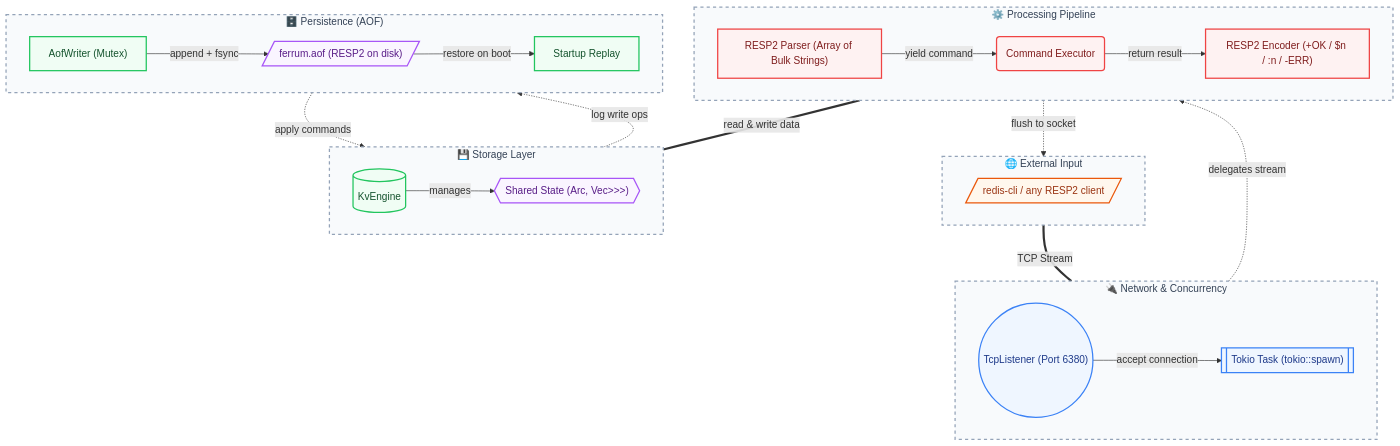
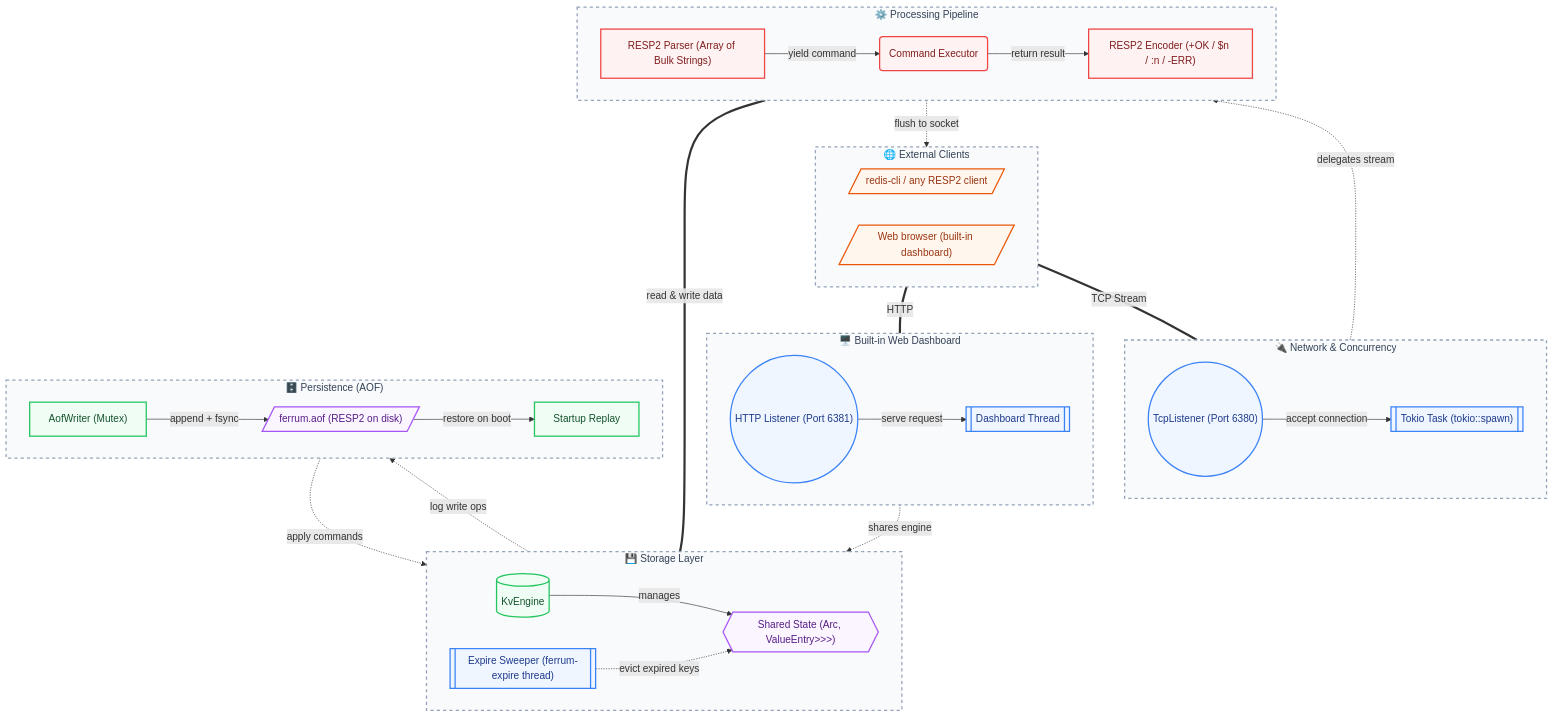
The diagram in README.md (phaethix/ferrum-kv), drawn with Mermaid before and after one commit. The commit also changed other lines of this file and 5 other files, not shown here.

````diff
--- a/README.md
+++ b/README.md
@@ -239,64 +99,77 @@
 ```mermaid
 flowchart TB
     classDef runtime fill:#f8fafc,stroke:#94a3b8,stroke-width:2px,color:#334155,stroke-dasharray: 5 5
     classDef engine fill:#eff6ff,stroke:#3b82f6,stroke-width:2px,color:#1e3a8a
     classDef entity fill:#fef2f2,stroke:#ef4444,stroke-width:2px,color:#7f1d1d
     classDef resource fill:#f0fdf4,stroke:#22c55e,stroke-width:2px,color:#14532d
     classDef config fill:#faf5ff,stroke:#a855f7,stroke-width:2px,color:#581c87
     classDef ext fill:#fff7ed,stroke:#ea580c,stroke-width:2px,color:#9a3412
 
-    subgraph ClientLayer ["🌐 External Input"]
+    subgraph ClientLayer ["🌐 External Clients"]
         direction LR
         Client[/"redis-cli / any RESP2 client"/]
+        Browser[/"Web browser (built-in dashboard)"/]
     end
 
     subgraph NetLayer ["🔌 Network & Concurrency"]
         direction LR
         Listener(("TcpListener (Port 6380)"))
         WorkerThread[["Tokio Task (tokio::spawn)"]]
 
         Listener -->|"accept connection"| WorkerThread
+    end
+
+    subgraph DashLayer ["🖥️ Built-in Web Dashboard"]
+        direction LR
+        Http(("HTTP Listener (Port 6381)"))
+        HttpThread[["Dashboard Thread"]]
+
+        Http -->|"serve request"| HttpThread
     end
 
     subgraph ProcessLayer ["⚙️ Processing Pipeline"]
         direction LR
         Parser["RESP2 Parser (Array of Bulk Strings)"]
         Exec("Command Executor")
         Encoder["RESP2 Encoder (+OK / $n / :n / -ERR)"]
 
         Parser -->|"yield command"| Exec
         Exec -->|"return result"| Encoder
     end
 
     subgraph StoreLayer ["💾 Storage Layer"]
         direction LR
         Engine[("KvEngine")]
-        State{{"Shared State (Arc<RwLock<HashMap<Vec<u8>, Vec<u8>>>>)"}}
+        State{{"Shared State (Arc<RwLock<HashMap<Vec<u8>, ValueEntry>>>)"}}
+        ExpireW[["Expire Sweeper (ferrum-expire thread)"]]
 
         Engine -->|"manages"| State
+        ExpireW -.->|"evict expired keys"| State
     end
 
     subgraph PersistLayer ["🗄️ Persistence (AOF)"]
         direction LR
         AofWriter["AofWriter (Mutex<File>)"]
         AofFile[/"ferrum.aof (RESP2 on disk)"/]
         Replay["Startup Replay"]
 
         AofWriter -->|"append + fsync"| AofFile
         AofFile -->|"restore on boot"| Replay
     end
 
     ClientLayer == "TCP Stream" === NetLayer
+    Browser == "HTTP" === DashLayer
     WorkerThread -.->|"delegates stream"| ProcessLayer
+    HttpThread -.->|"shares engine"| Engine
     ProcessLayer == "read & write data" === StoreLayer
     StoreLayer -.->|"log write ops"| PersistLayer
     Replay -.->|"apply commands"| Engine
     Encoder -.->|"flush to socket"| Client
 
-    class ClientLayer,NetLayer,ProcessLayer,StoreLayer,PersistLayer runtime
-    class Client ext
-    class Listener,WorkerThread engine
+    class ClientLayer,NetLayer,ProcessLayer,StoreLayer,PersistLayer,DashLayer runtime
+    class Client,Browser ext
+    class Listener,WorkerThread,Http,HttpThread,ExpireW engine
     class Parser,Exec,Encoder entity
     class Engine,AofWriter,Replay resource
     class State,AofFile config
 ```
````
